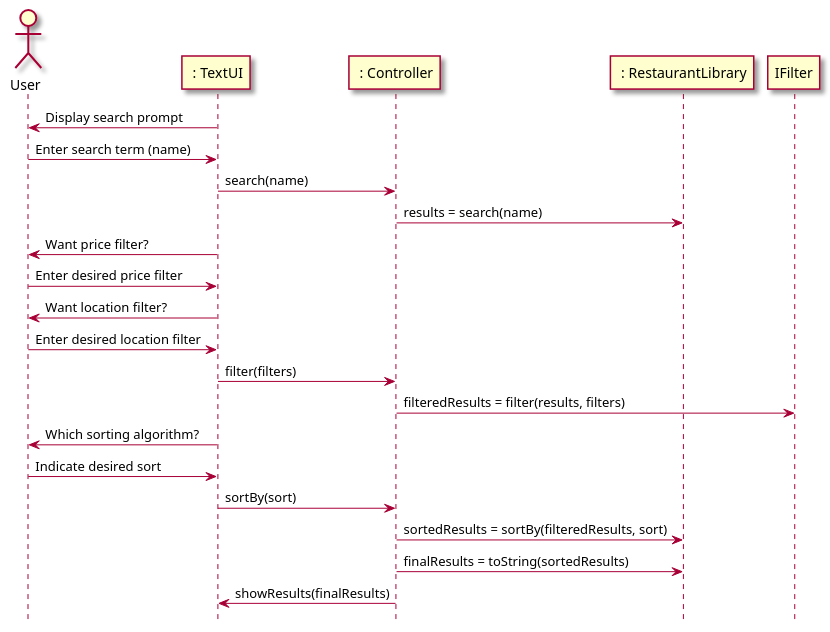
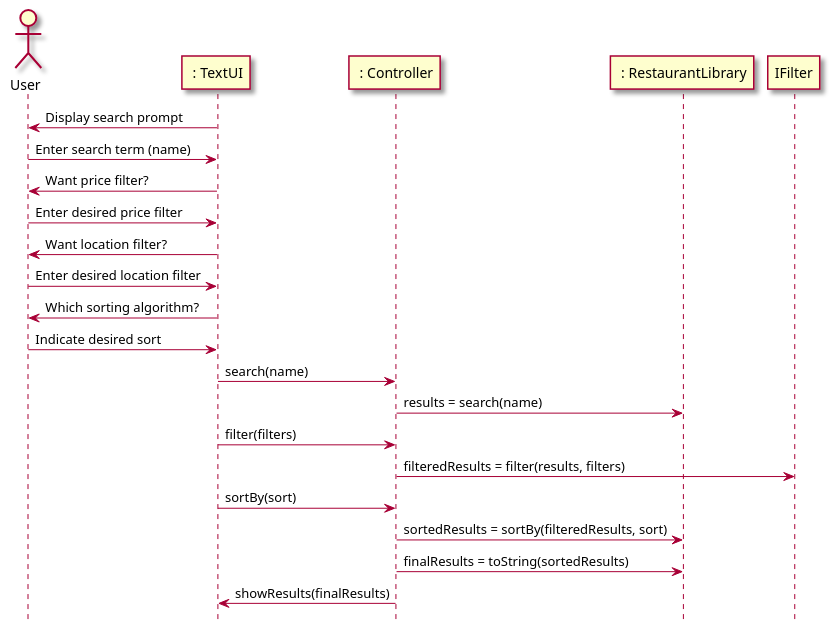
Before and after one commit to tanwasp/LunchBox-Android: the first of 2 diagrams in intellij/doc/design.md, drawn with PlantUML. The commit also changed other lines of this file and 2 other files, not shown here.

````diff
--- a/intellij/doc/design.md
+++ b/intellij/doc/design.md
@@ -3,29 +3,29 @@
 ```plantuml
 @startuml
 hide footbox
 skin rose
 
 actor User as user
 participant " : TextUI" as ui
 participant " : Controller" as controller
 participant " : RestaurantLibrary" as lib
 
 ui -> user : Display search prompt
 user -> ui : Enter search term (name)
-ui -> controller : search(name)
-controller -> lib : results = search(name)
 ui -> user : Want price filter?
 user -> ui : Enter desired price filter
 ui -> user : Want location filter?
 user -> ui : Enter desired location filter
+ui -> user : Which sorting algorithm?
+user -> ui : Indicate desired sort
+ui -> controller : search(name)
+controller -> lib : results = search(name)
 ui -> controller : filter(filters)
 controller -> IFilter : filteredResults = filter(results, filters)
-ui -> user : Which sorting algorithm?
-user -> ui : Indicate desired sort
 ui -> controller : sortBy(sort)
 controller -> lib : sortedResults = sortBy(filteredResults, sort)
 controller -> lib : finalResults = toString(sortedResults)
 controller -> ui : showResults(finalResults)
 
 @enduml
 ```
````
